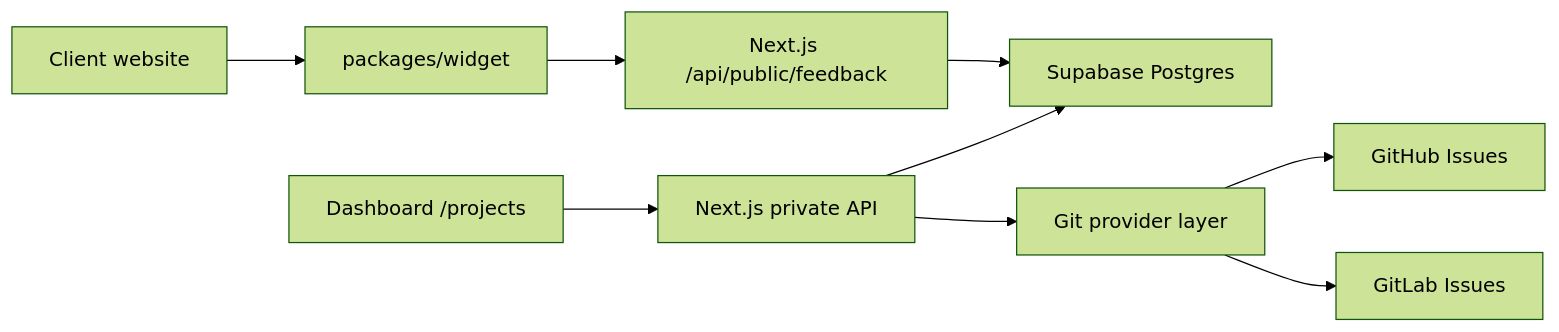
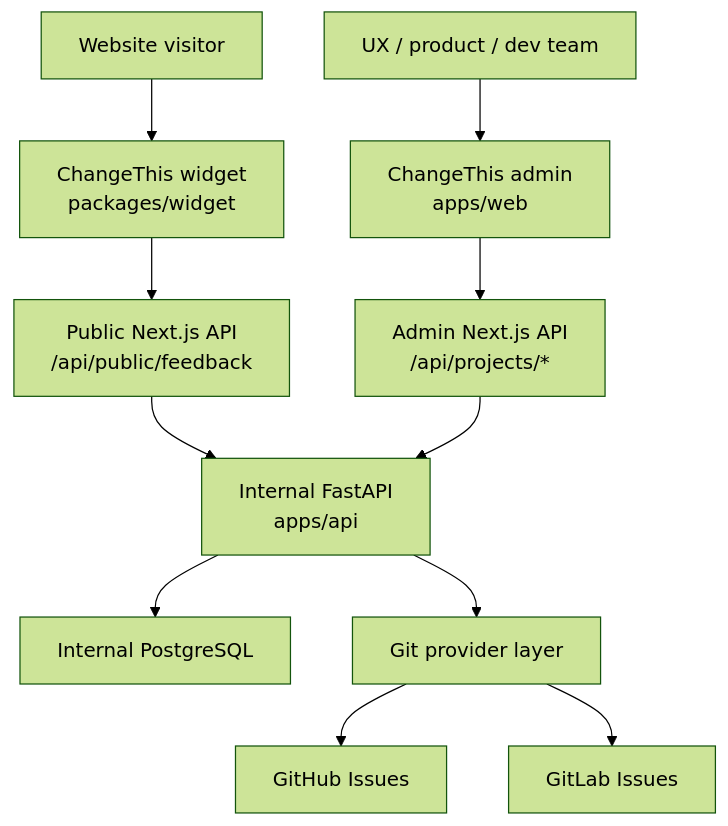
One commit to MLyte/ChangeThis changed the fourth of 5 diagrams in README.md. Above: the diagram before and after it, drawn with Mermaid (forest theme). The commit also changed other lines of this file and 23 other files, not shown here.

````diff
--- a/README.md
+++ b/README.md
@@ -133,11 +194,13 @@
 ```mermaid
-flowchart LR
-  Site["Client website"] --> Widget["packages/widget"]
-  Widget --> PublicApi["Next.js /api/public/feedback"]
-  PublicApi --> Supabase["Supabase Postgres"]
-  Dashboard["Dashboard /projects"] --> NextApi["Next.js private API"]
-  NextApi --> Supabase
-  NextApi --> Providers["Git provider layer"]
+flowchart TB
+  Visitor["Website visitor"] --> Widget["ChangeThis widget<br/>packages/widget"]
+  Team["UX / product / dev team"] --> Dashboard["ChangeThis admin<br/>apps/web"]
+  Widget --> NextPublic["Public Next.js API<br/>/api/public/feedback"]
+  Dashboard --> NextPrivate["Admin Next.js API<br/>/api/projects/*"]
+  NextPublic --> FastAPI["Internal FastAPI<br/>apps/api"]
+  NextPrivate --> FastAPI
+  FastAPI --> Postgres["Internal PostgreSQL"]
+  FastAPI --> Providers["Git provider layer"]
   Providers --> GitHub["GitHub Issues"]
   Providers --> GitLab["GitLab Issues"]
 ```
````
